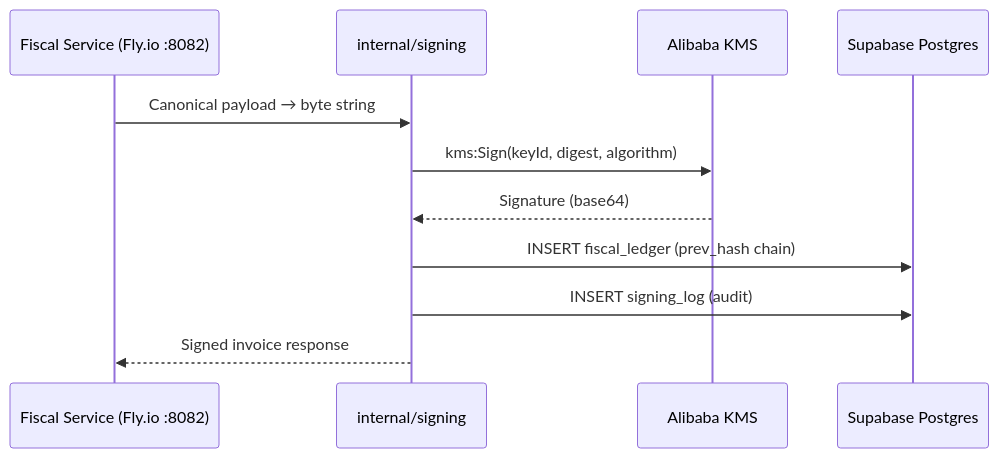
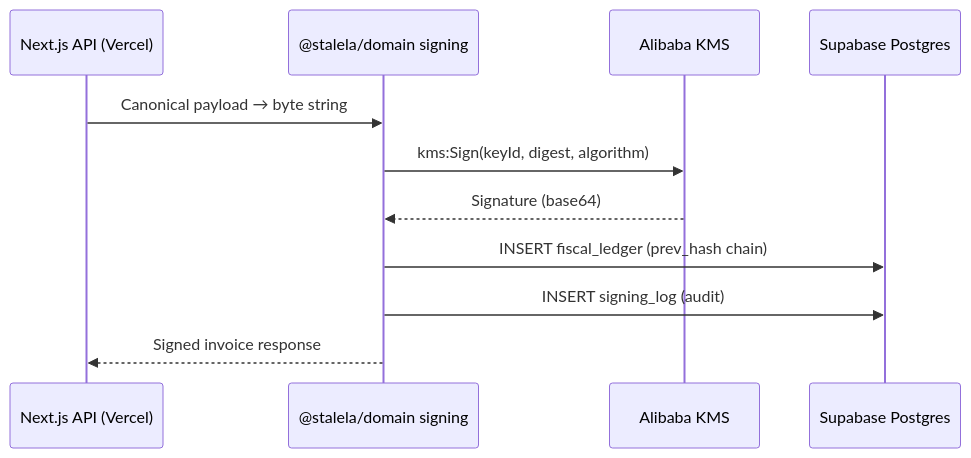
The third of 4 diagrams in docs/60-infra/free-stack.md (stalela/stalela-docs), drawn with Mermaid before and after one commit. The commit also changed other lines of this file, not shown here.

First line of the commit message:
docs(ts-migration): TS-055 update free-stack for TS/Vercel

````diff
--- a/docs/60-infra/free-stack.md
+++ b/docs/60-infra/free-stack.md
@@ -199,14 +211,14 @@
 ```mermaid
 sequenceDiagram
-    participant API as Fiscal Service (Fly.io :8082)
-    participant SER as internal/signing
+    participant API as Next.js API (Vercel)
+    participant SIGN as @stalela/domain signing
     participant KMS as Alibaba KMS
     participant DB as Supabase Postgres
 
-    API->>SER: Canonical payload → byte string
-    SER->>KMS: kms:Sign(keyId, digest, algorithm)
-    KMS-->>SER: Signature (base64)
-    SER->>DB: INSERT fiscal_ledger (prev_hash chain)
-    SER->>DB: INSERT signing_log (audit)
-    SER-->>API: Signed invoice response
+    API->>SIGN: Canonical payload → byte string
+    SIGN->>KMS: kms:Sign(keyId, digest, algorithm)
+    KMS-->>SIGN: Signature (base64)
+    SIGN->>DB: INSERT fiscal_ledger (prev_hash chain)
+    SIGN->>DB: INSERT signing_log (audit)
+    SIGN-->>API: Signed invoice response
 ```
````
